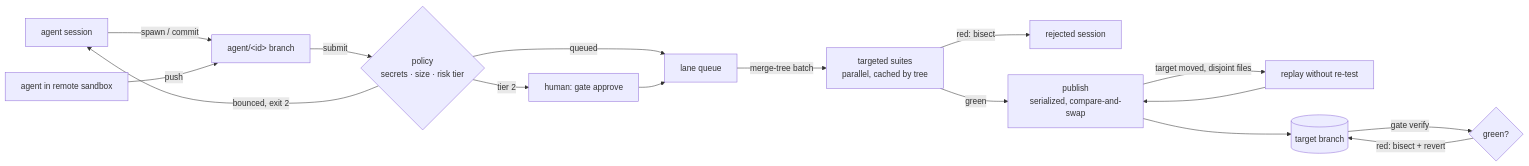
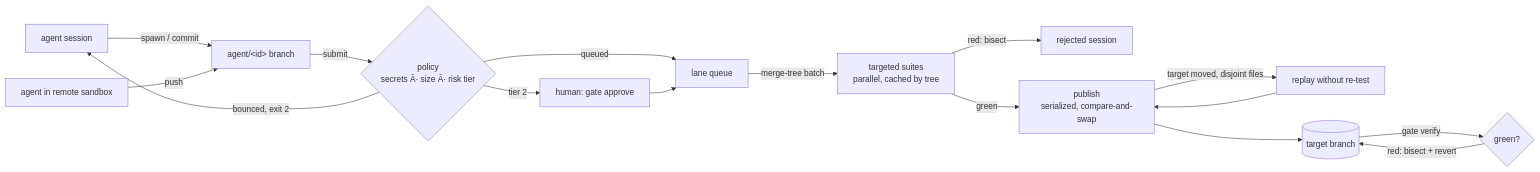
Before and after one commit to juw12/gate: the diagram in README.md, drawn with Mermaid. The commit also changed other lines of this file and 7 other files, not shown here.

````diff
--- a/README.md
+++ b/README.md
@@ -28,18 +28,18 @@
 ```mermaid
 flowchart LR
   A1[agent session] -- spawn / commit --> B[agent/&lt;id&gt; branch]
   A2[agent in remote sandbox] -- push --> B
-  B -- submit --> P{policy<br/>secrets · size · risk tier}
+  B -- submit --> P{policy<br/>secrets Â· size Â· risk tier}
   P -- bounced, exit 2 --> A1
   P -- tier 2 --> H[human: gate approve]
   P -- queued --> L[lane queue]
   H --> L
   L -- merge-tree batch --> T[targeted suites<br/>parallel, cached by tree]
   T -- red: bisect --> R[rejected session]
   T -- green --> PUB[publish<br/>serialized, compare-and-swap]
   PUB -- target moved, disjoint files --> C[replay without re-test]
   C --> PUB
   PUB --> M[(target branch)]
   M -- gate verify --> V{green?}
   V -- red: bisect + revert --> M
 ```
````
